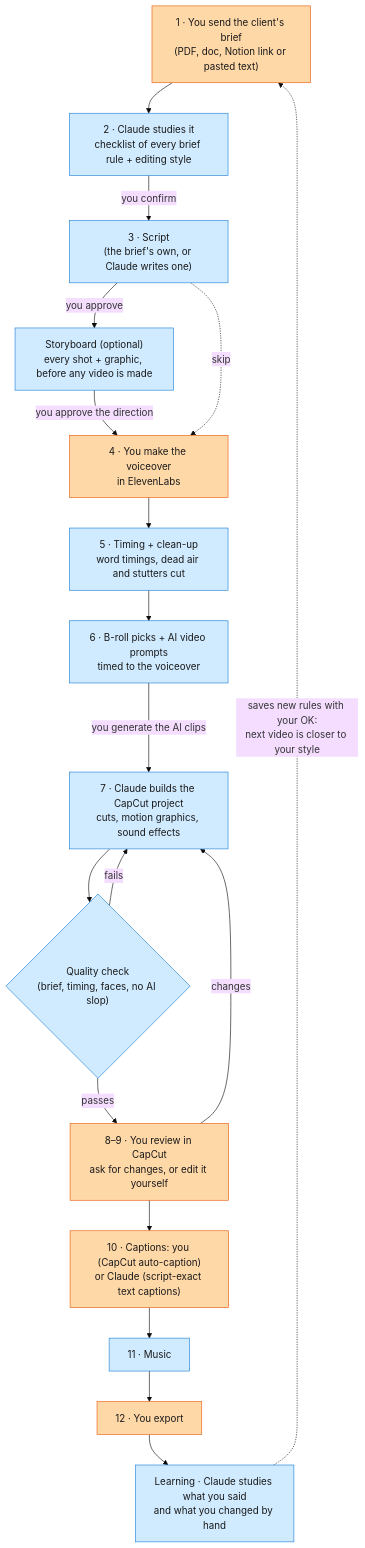
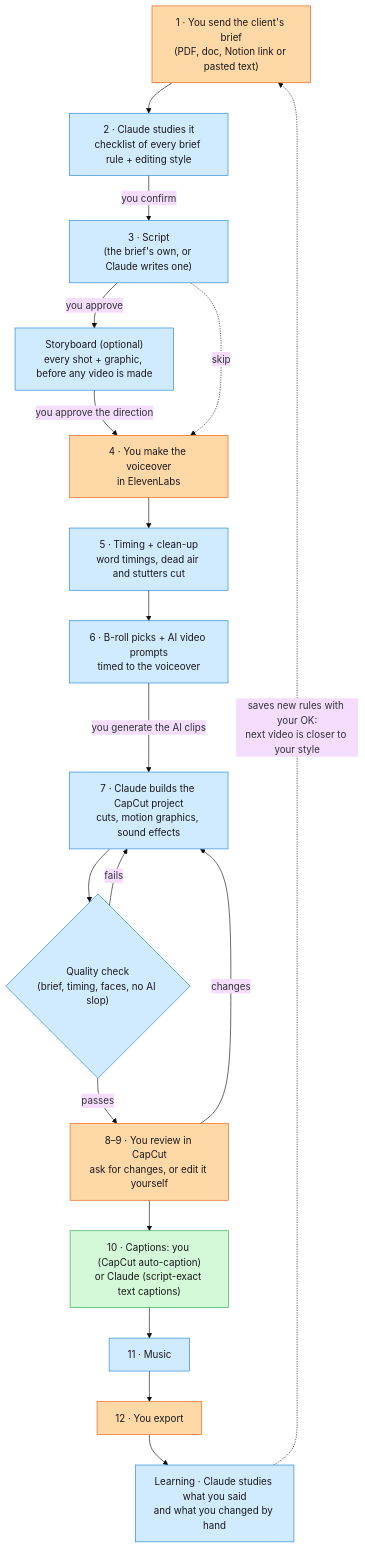
The first of 3 diagrams in README.md (jushuaaang/edit-mo-to), drawn with Mermaid (base theme) before and after one commit. The commit also changed other lines of this file and 6 other files, not shown here.

Commit message:
docs: per-timeline TEMP_EN removal and step-12 segments check, plan2 captions, --lang for Filipino, QA captions gate

````diff
--- a/README.md
+++ b/README.md
@@ -25,22 +25,23 @@
 ```mermaid
 flowchart TD
     A["1 · You send the client's brief<br/>(PDF, doc, Notion link or pasted text)"]:::you --> B["2 · Claude studies it<br/>checklist of every brief rule + editing style"]:::claude
     B -->|you confirm| C["3 · Script<br/>(the brief's own, or Claude writes one)"]:::claude
     C -->|you approve| S["Storyboard (optional)<br/>every shot + graphic, before any video is made"]:::claude
     S -->|you approve the direction| D["4 · You make the voiceover<br/>in ElevenLabs"]:::you
     C -.->|skip| D
     D --> E["5 · Timing + clean-up<br/>word timings, dead air and stutters cut"]:::claude
     E --> F["6 · B-roll picks + AI video prompts<br/>timed to the voiceover"]:::claude
     F -->|you generate the AI clips| G["7 · Claude builds the CapCut project<br/>cuts, motion graphics, sound effects"]:::claude
     G --> Q{"Quality check<br/>(brief, timing, faces, no AI slop)"}:::claude
     Q -->|fails| G
     Q -->|passes| H["8–9 · You review in CapCut<br/>ask for changes, or edit it yourself"]:::you
     H -->|changes| G
-    H --> I["10 · Captions: you (CapCut auto-caption)<br/>or Claude (script-exact text captions)"]:::you
+    H --> I["10 · Captions: you (CapCut auto-caption)<br/>or Claude (script-exact text captions)"]:::either
     I --> J["11 · Music"]:::claude
     J --> K["12 · You export"]:::you
     K --> L["Learning · Claude studies what you said<br/>and what you changed by hand"]:::claude
     L -.->|"saves new rules with your OK:<br/>next video is closer to your style"| A
     classDef you fill:#ffd8a8,stroke:#e8590c,color:#1a1a1a
     classDef claude fill:#d0ebff,stroke:#1c7ed6,color:#1a1a1a
+    classDef either fill:#d3f9d8,stroke:#2f9e44,color:#1a1a1a
 ```
````
